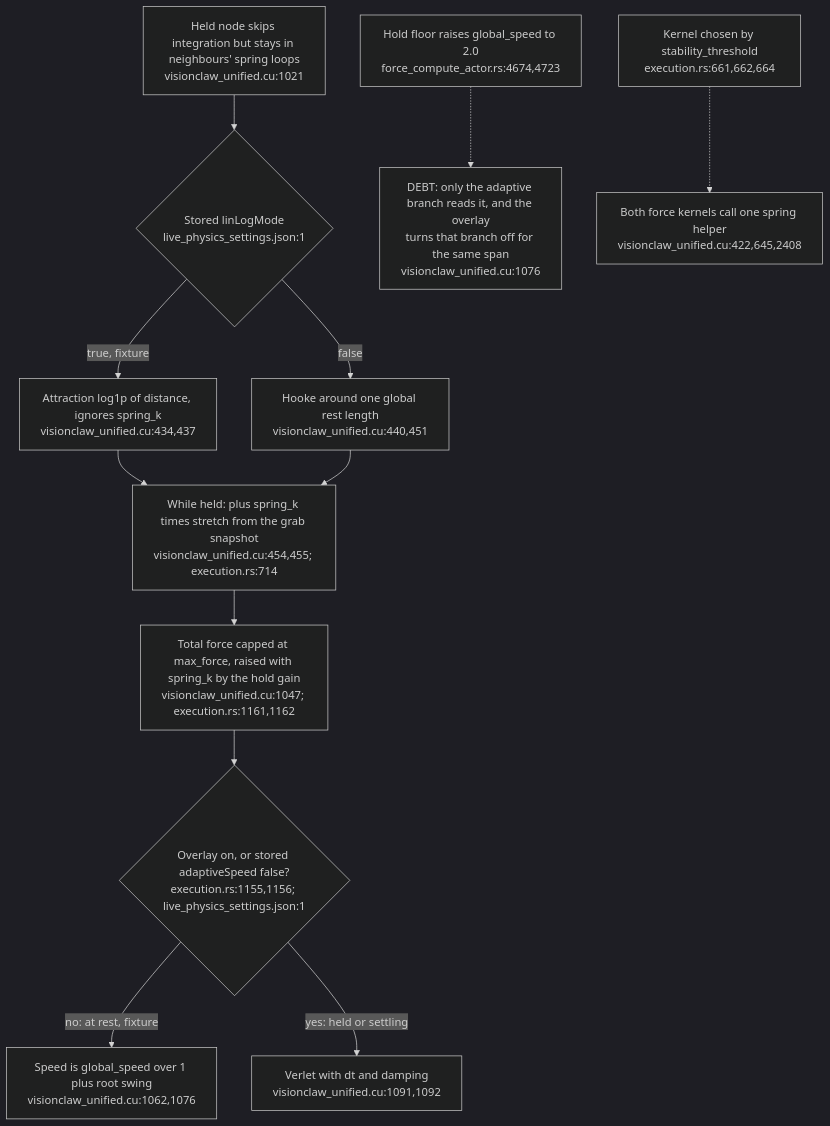
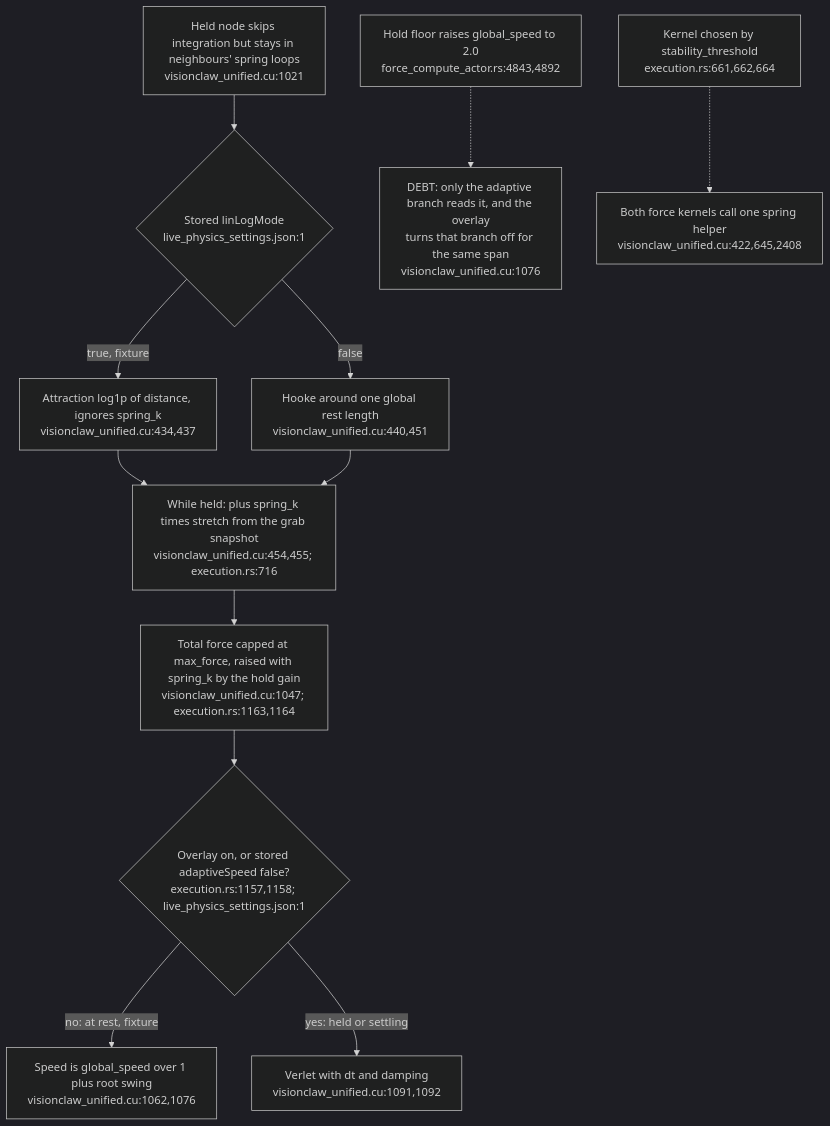
Before and after one commit to DreamLab-AI/VisionFlow: the fourth of 6 diagrams in docs/diagrams/visionclaw/54-layout-mode-step-cadence-and-settle.md, drawn with Mermaid (dark theme). The commit also changed other lines of this file and 6 other files, not shown here.

First line of the commit message:
diagrams(visionclaw): re-verify VC-51..57 at visionclaw 4900ec60

````diff
--- a/docs/diagrams/visionclaw/54-layout-mode-step-cadence-and-settle.md
+++ b/docs/diagrams/visionclaw/54-layout-mode-step-cadence-and-settle.md
@@ -100,14 +100,14 @@
 ```mermaid
 flowchart TD
     PIN["Held node skips integration but stays in neighbours' spring loops<br/>visionclaw_unified.cu:1021"] --> ATT{"Stored linLogMode<br/>live_physics_settings.json:1"}
     ATT -->|true, fixture| LOG["Attraction log1p of distance, ignores spring_k<br/>visionclaw_unified.cu:434,437"]
     ATT -->|false| HOOKE["Hooke around one global rest length<br/>visionclaw_unified.cu:440,451"]
-    LOG --> OVL["While held: plus spring_k times stretch from the grab snapshot<br/>visionclaw_unified.cu:454,455; execution.rs:714"]
+    LOG --> OVL["While held: plus spring_k times stretch from the grab snapshot<br/>visionclaw_unified.cu:454,455; execution.rs:716"]
     HOOKE --> OVL
-    OVL --> CAP["Total force capped at max_force, raised with spring_k by the hold gain<br/>visionclaw_unified.cu:1047; execution.rs:1161,1162"]
-    CAP --> INT{"Overlay on, or stored adaptiveSpeed false?<br/>execution.rs:1155,1156; live_physics_settings.json:1"}
+    OVL --> CAP["Total force capped at max_force, raised with spring_k by the hold gain<br/>visionclaw_unified.cu:1047; execution.rs:1163,1164"]
+    CAP --> INT{"Overlay on, or stored adaptiveSpeed false?<br/>execution.rs:1157,1158; live_physics_settings.json:1"}
     INT -->|no: at rest, fixture| AD["Speed is global_speed over 1 plus root swing<br/>visionclaw_unified.cu:1062,1076"]
     INT -->|yes: held or settling| VER["Verlet with dt and damping<br/>visionclaw_unified.cu:1091,1092"]
-    FLOOR["Hold floor raises global_speed to 2.0<br/>force_compute_actor.rs:4674,4723"] -.-> GAP["DEBT: only the adaptive branch reads it, and the overlay<br/>turns that branch off for the same span<br/>visionclaw_unified.cu:1076"]
+    FLOOR["Hold floor raises global_speed to 2.0<br/>force_compute_actor.rs:4843,4892"] -.-> GAP["DEBT: only the adaptive branch reads it, and the overlay<br/>turns that branch off for the same span<br/>visionclaw_unified.cu:1076"]
     SEL["Kernel chosen by stability_threshold<br/>execution.rs:661,662,664"] -.-> ONE["Both force kernels call one spring helper<br/>visionclaw_unified.cu:422,645,2408"]
 ```
````
